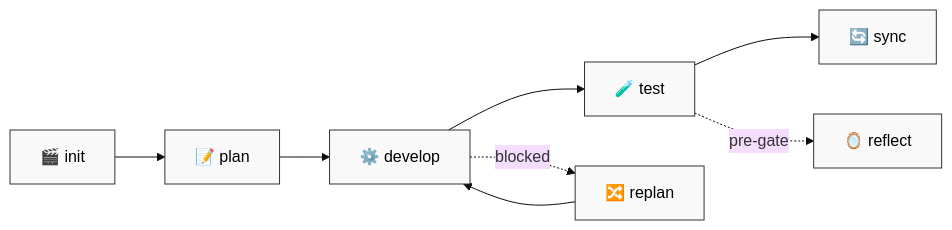
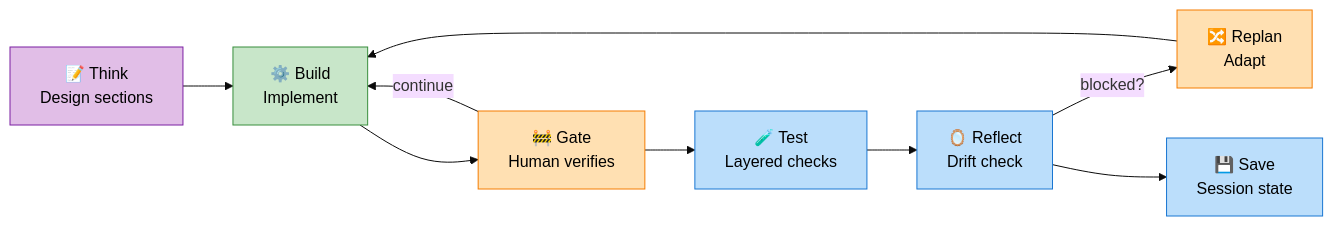
One commit to digital-stoic-org/agent-skills changed the first of 3 diagrams in README-full.md. Above: the diagram before and after it, drawn with Mermaid (base theme). The commit also changed other lines of this file and 6 other files, not shown here.

````diff
--- a/README-full.md
+++ b/README-full.md
@@ -53,15 +56,21 @@
 ```mermaid
 flowchart LR
-    init["🎬 init"] --> plan["📝 plan"]
-    plan --> develop["⚙️ develop"]
-    develop --> test["🧪 test"]
-    test --> sync["🔄 sync"]
+    plan["📝 Think<br/>Design sections"] --> dev["⚙️ Build<br/>Implement"]
+    dev --> gate["🚧 Gate<br/>Human verifies"]
+    gate -->|"continue"| dev
+    gate --> test["🧪 Test<br/>Layered checks"]
+    test --> reflect["🪞 Reflect<br/>Drift check"]
+    reflect -->|"blocked?"| replan["🔀 Replan<br/>Adapt"]
+    reflect --> save["💾 Save<br/>Session state"]
+    replan --> dev
 
-    develop -.->|blocked| replan["🔀 replan"]
-    replan --> develop
+    classDef think fill:#E1BEE7,stroke:#7B1FA2,color:#000
+    classDef build fill:#C8E6C9,stroke:#388E3C,color:#000
+    classDef gate fill:#FFE0B2,stroke:#F57C00,color:#000
+    classDef meta fill:#BBDEFB,stroke:#1976D2,color:#000
 
-    test -.->|pre-gate| reflect["🪞 reflect"]
-
-    classDef default fill:#f9f9f9,stroke:#333,color:#000
-    classDef active fill:#90EE90,stroke:#333,color:#000
+    class plan think
+    class dev build
+    class gate,replan gate
+    class test,reflect,save meta
 ```
````
